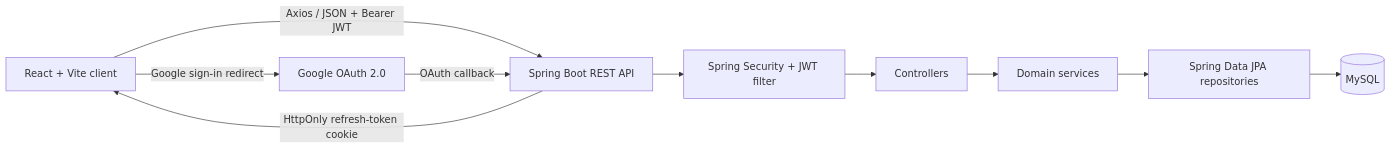
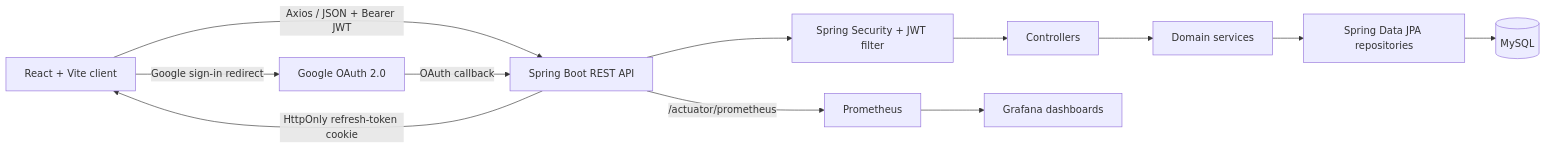
One commit to archit-2211/interview-coach changed the first of 2 diagrams in readme.md. Above: the diagram before and after it, drawn with Mermaid. The commit also changed other lines of this file, not shown here.

````diff
--- a/readme.md
+++ b/readme.md
@@ -95,12 +142,14 @@
 ```mermaid
 flowchart LR
     Browser[React + Vite client] -->|Axios / JSON + Bearer JWT| API[Spring Boot REST API]
     Browser -->|Google sign-in redirect| Google[Google OAuth 2.0]
     Google -->|OAuth callback| API
     API --> Security[Spring Security + JWT filter]
     Security --> Controllers[Controllers]
     Controllers --> Services[Domain services]
     Services --> Repositories[Spring Data JPA repositories]
     Repositories --> DB[(MySQL)]
+    API -->|/actuator/prometheus| Prometheus
+    Prometheus --> Grafana[Grafana dashboards]
     API -->|HttpOnly refresh-token cookie| Browser
 ```
````
